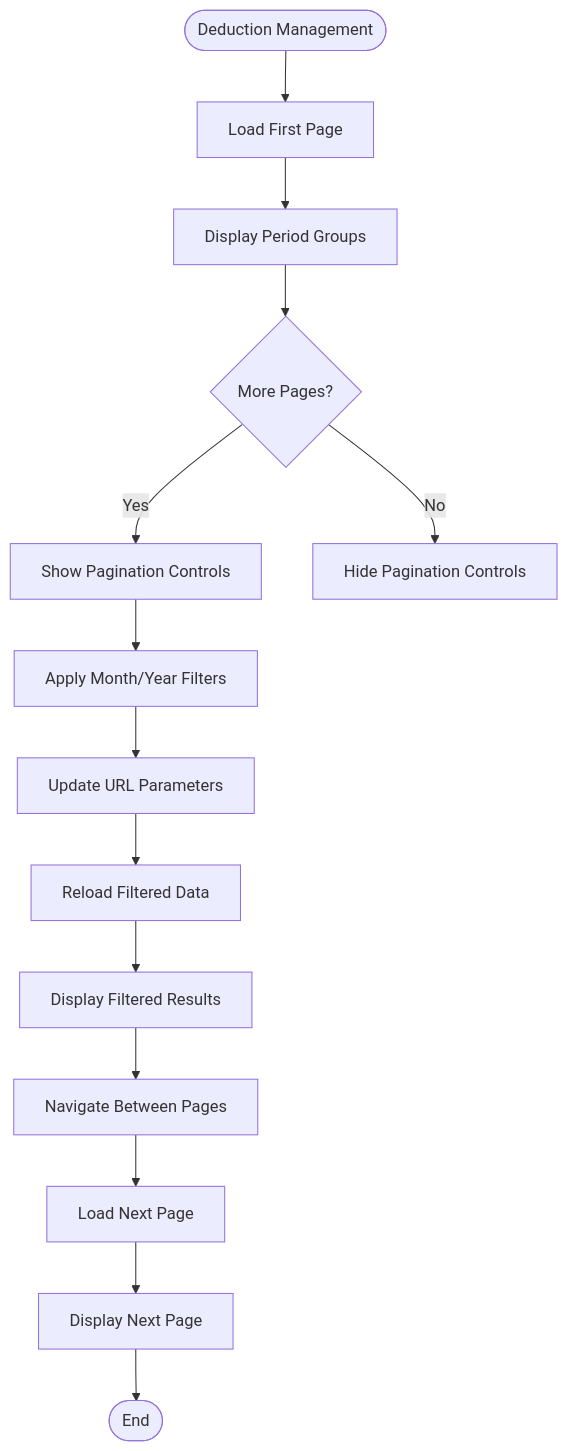
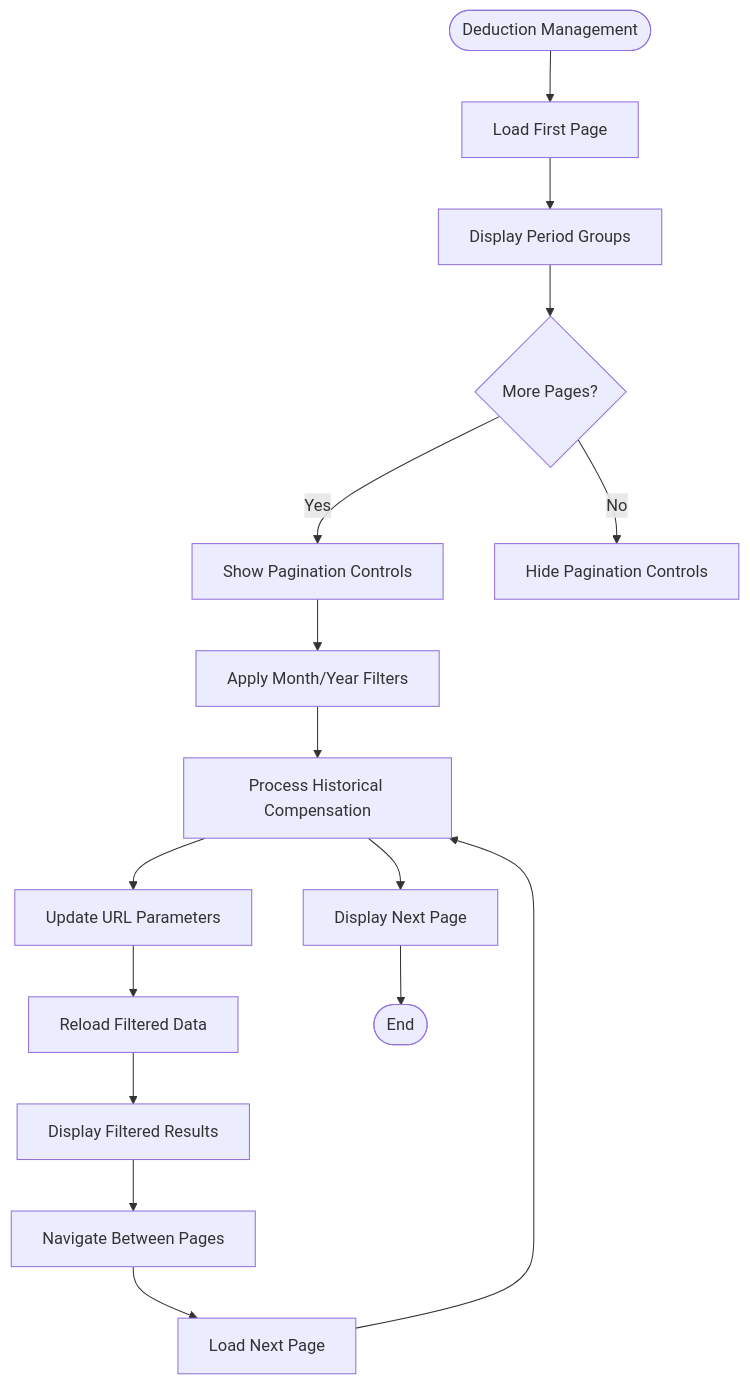
One commit to vincet0t15/template changed diagram 17 of 19 in .qoder/repowiki/en/content/Employee Management/Employee Compensation Management.md. Above: the diagram before and after it, drawn with Mermaid. The commit also changed other lines of this file and 11 other files, not shown here.

````diff
--- a/.qoder/repowiki/en/content/Employee Management/Employee Compensation Management.md
+++ b/.qoder/repowiki/en/content/Employee Management/Employee Compensation Management.md
@@ -725,16 +883,18 @@
 ```mermaid
 flowchart TD
 Start([Deduction Management]) --> LoadPage["Load First Page"]
 LoadPage --> DisplayPeriods["Display Period Groups"]
 DisplayPeriods --> CheckPagination{"More Pages?"}
 CheckPagination --> |Yes| ShowPagination["Show Pagination Controls"]
 CheckPagination --> |No| HidePagination["Hide Pagination Controls"]
 ShowPagination --> FilterDeductions["Apply Month/Year Filters"]
-FilterDeductions --> UpdateURL["Update URL Parameters"]
+FilterDeductions --> HistoricalCalc["Process Historical Compensation"]
+HistoricalCalc --> UpdateURL["Update URL Parameters"]
 UpdateURL --> ReloadData["Reload Filtered Data"]
 ReloadData --> DisplayResults["Display Filtered Results"]
 DisplayResults --> NavigatePages["Navigate Between Pages"]
 NavigatePages --> LoadNextPage["Load Next Page"]
-LoadNextPage --> DisplayNextPage["Display Next Page"]
+LoadNextPage --> HistoricalCalc
+HistoricalCalc --> DisplayNextPage["Display Next Page"]
 DisplayNextPage --> End([End])
 ```
````
